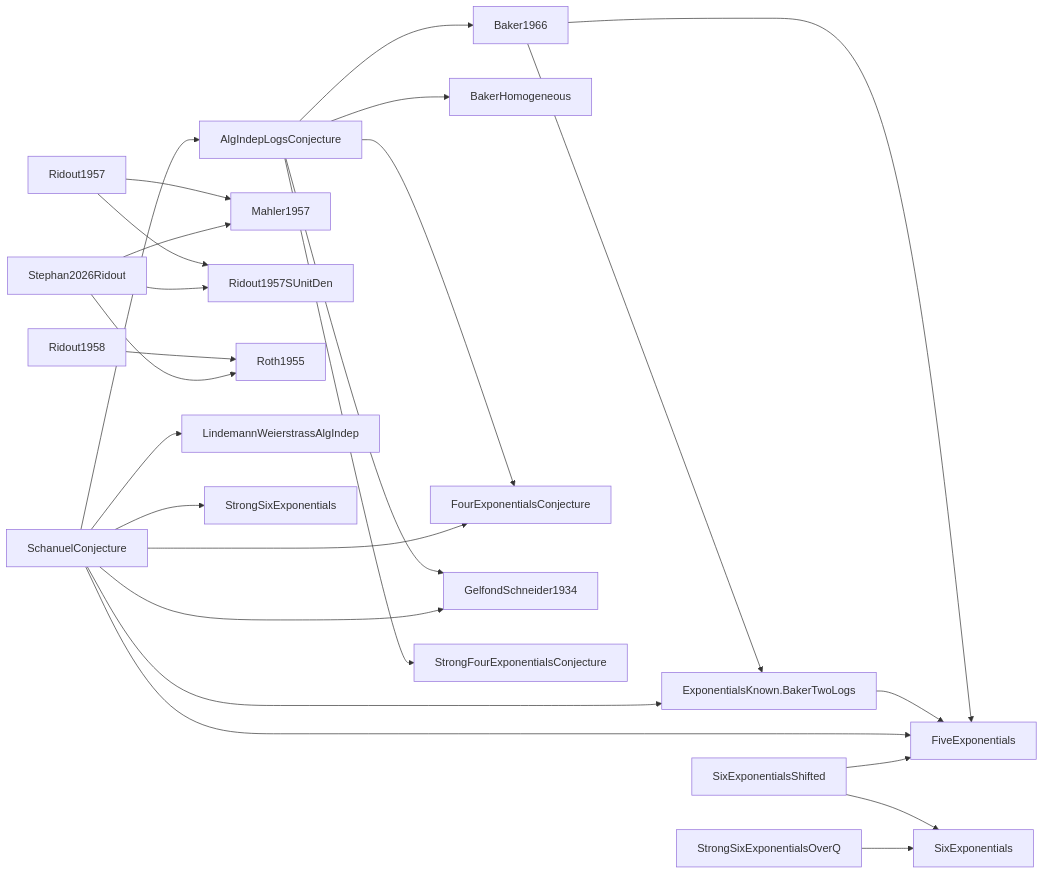
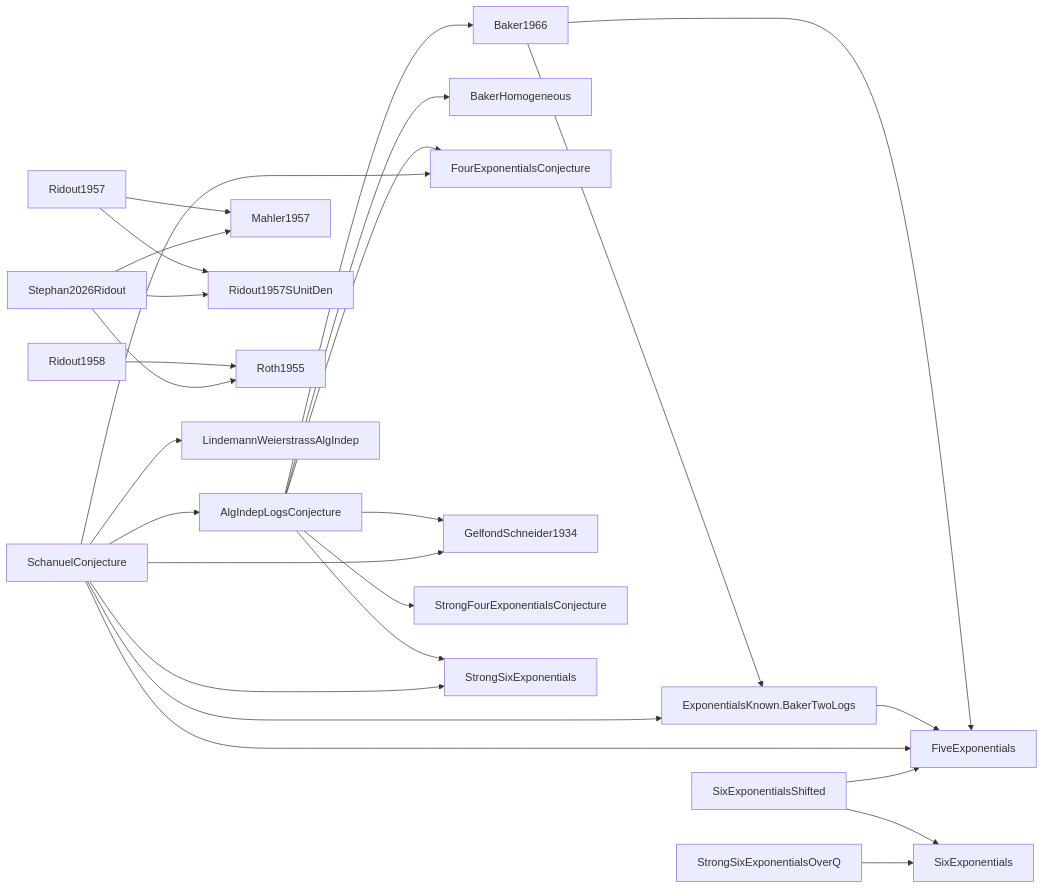
One commit to gotrevor/lean-formalizations changed the diagram in FACT-GRAPH.md. Above: the diagram before and after it, drawn with Mermaid. The commit also changed other lines of this file and 2 other files, not shown here.

Commit message:
phase 24 addendum: Conj 1 ⇒ Roy's strong SIX exponentials
The four-exponentials proof exposed that `StrongSix.strongSix` touches
`hS : SchanuelConjecture` in exactly one place — to make the logarithm basis μ
algebraically independent — and that step IS Conjecture 1 verbatim.  Promoted
from a remark to `strongSix_of_algIndepLogs`, so the fact graph records the
weakest hypothesis for the whole of Roy's theorem, not just its Fin 2 × Fin 2
specialisation.  Axiom-clean; fact graph regenerated.

````diff
--- a/FACT-GRAPH.md
+++ b/FACT-GRAPH.md
@@ -10,27 +10,28 @@
 ```mermaid
 graph LR
   n0["AlgIndepLogsConjecture"] --> n1["Baker1966"]
   n0["AlgIndepLogsConjecture"] --> n2["BakerHomogeneous"]
   n0["AlgIndepLogsConjecture"] --> n3["FourExponentialsConjecture"]
   n0["AlgIndepLogsConjecture"] --> n4["GelfondSchneider1934"]
   n0["AlgIndepLogsConjecture"] --> n5["StrongFourExponentialsConjecture"]
-  n1["Baker1966"] --> n6["ExponentialsKnown.BakerTwoLogs"]
-  n1["Baker1966"] --> n7["FiveExponentials"]
-  n6["ExponentialsKnown.BakerTwoLogs"] --> n7["FiveExponentials"]
-  n8["Ridout1957"] --> n9["Mahler1957"]
-  n8["Ridout1957"] --> n10["Ridout1957SUnitDen"]
-  n11["Ridout1958"] --> n12["Roth1955"]
-  n13["SchanuelConjecture"] --> n0["AlgIndepLogsConjecture"]
-  n13["SchanuelConjecture"] --> n6["ExponentialsKnown.BakerTwoLogs"]
-  n13["SchanuelConjecture"] --> n7["FiveExponentials"]
-  n13["SchanuelConjecture"] --> n3["FourExponentialsConjecture"]
-  n13["SchanuelConjecture"] --> n4["GelfondSchneider1934"]
-  n13["SchanuelConjecture"] --> n14["LindemannWeierstrassAlgIndep"]
-  n13["SchanuelConjecture"] --> n15["StrongSixExponentials"]
-  n16["SixExponentialsShifted"] --> n7["FiveExponentials"]
+  n0["AlgIndepLogsConjecture"] --> n6["StrongSixExponentials"]
+  n1["Baker1966"] --> n7["ExponentialsKnown.BakerTwoLogs"]
+  n1["Baker1966"] --> n8["FiveExponentials"]
+  n7["ExponentialsKnown.BakerTwoLogs"] --> n8["FiveExponentials"]
+  n9["Ridout1957"] --> n10["Mahler1957"]
+  n9["Ridout1957"] --> n11["Ridout1957SUnitDen"]
+  n12["Ridout1958"] --> n13["Roth1955"]
+  n14["SchanuelConjecture"] --> n0["AlgIndepLogsConjecture"]
+  n14["SchanuelConjecture"] --> n7["ExponentialsKnown.BakerTwoLogs"]
+  n14["SchanuelConjecture"] --> n8["FiveExponentials"]
+  n14["SchanuelConjecture"] --> n3["FourExponentialsConjecture"]
+  n14["SchanuelConjecture"] --> n4["GelfondSchneider1934"]
+  n14["SchanuelConjecture"] --> n15["LindemannWeierstrassAlgIndep"]
+  n14["SchanuelConjecture"] --> n6["StrongSixExponentials"]
+  n16["SixExponentialsShifted"] --> n8["FiveExponentials"]
   n16["SixExponentialsShifted"] --> n17["SixExponentials"]
-  n18["Stephan2026Ridout"] --> n9["Mahler1957"]
-  n18["Stephan2026Ridout"] --> n10["Ridout1957SUnitDen"]
-  n18["Stephan2026Ridout"] --> n12["Roth1955"]
+  n18["Stephan2026Ridout"] --> n10["Mahler1957"]
+  n18["Stephan2026Ridout"] --> n11["Ridout1957SUnitDen"]
+  n18["Stephan2026Ridout"] --> n13["Roth1955"]
   n19["StrongSixExponentialsOverQ"] --> n17["SixExponentials"]
 ```
````
